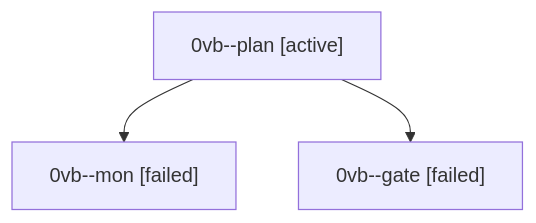
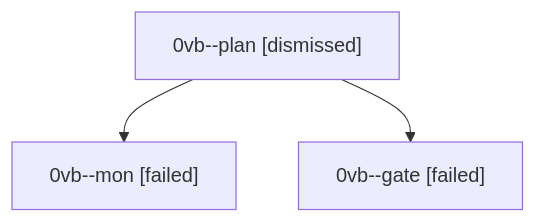
One commit to bobs-org/bob-cli--agents changed the diagram in sessions/bbugyi200.athena.0vb.md. Above: the diagram before and after it, drawn with Mermaid. The commit also changed other lines of this file and 27 other files, not shown here.

````diff
--- a/sessions/bbugyi200.athena.0vb.md
+++ b/sessions/bbugyi200.athena.0vb.md
@@ -9,8 +9,8 @@
 ```mermaid
 flowchart TD
-  n0["0vb--plan [active]"]
+  n0["0vb--plan [dismissed]"]
   n1["0vb--mon [failed]"]
   n0 --> n1
   n2["0vb--gate [failed]"]
   n0 --> n2
 ```
````
